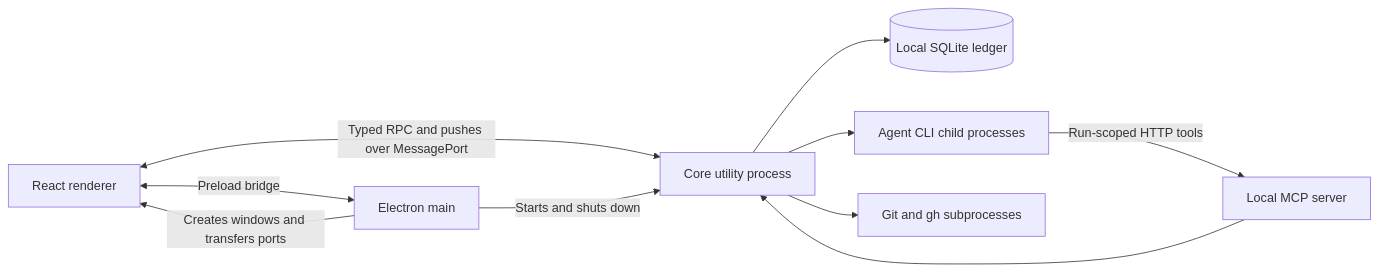
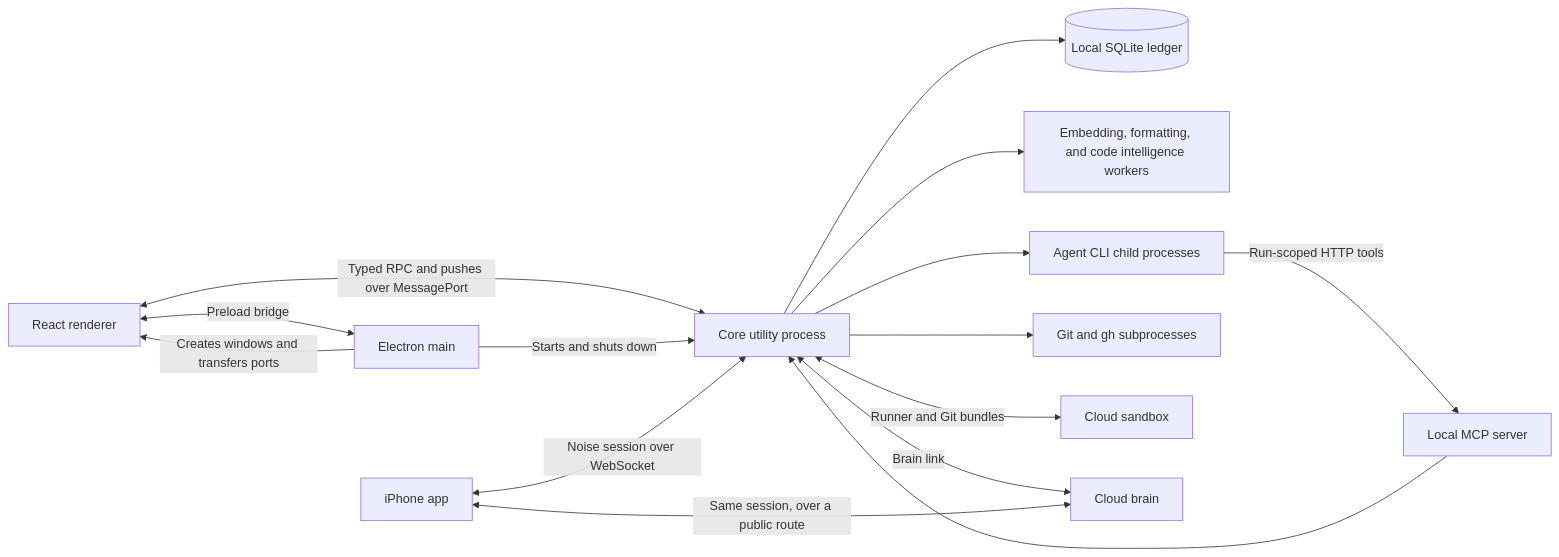
The first of 2 diagrams in ARCHITECTURE.md (davejj1530/openorc), drawn with Mermaid before and after one commit. The commit also changed other lines of this file and 22 other files, not shown here.

````diff
--- a/ARCHITECTURE.md
+++ b/ARCHITECTURE.md
@@ -9,12 +9,17 @@
 ```mermaid
 flowchart LR
   UI[React renderer] <-->|Typed RPC and pushes over MessagePort| CORE[Core utility process]
   MAIN[Electron main] -->|Creates windows and transfers ports| UI
   MAIN -->|Starts and shuts down| CORE
   UI <-->|Preload bridge| MAIN
   CORE --> DB[(Local SQLite ledger)]
+  CORE --> WORKERS[Embedding, formatting, and code intelligence workers]
   CORE --> AGENT[Agent CLI child processes]
   CORE --> GIT[Git and gh subprocesses]
   AGENT -->|Run-scoped HTTP tools| MCP[Local MCP server]
   MCP --> CORE
+  PHONE[iPhone app] <-->|Noise session over WebSocket| CORE
+  CORE <-->|Runner and Git bundles| SANDBOX[Cloud sandbox]
+  CORE <-->|Brain link| BRAIN[Cloud brain]
+  PHONE <-->|Same session, over a public route| BRAIN
 ```
````
